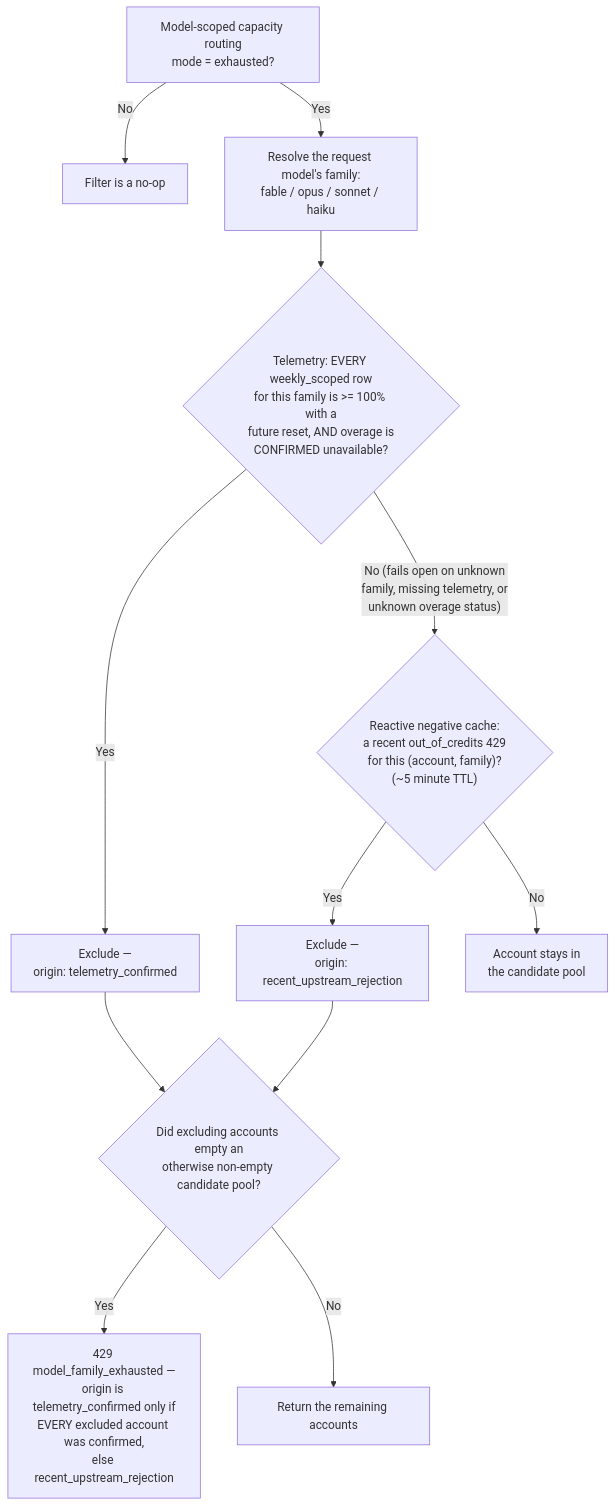
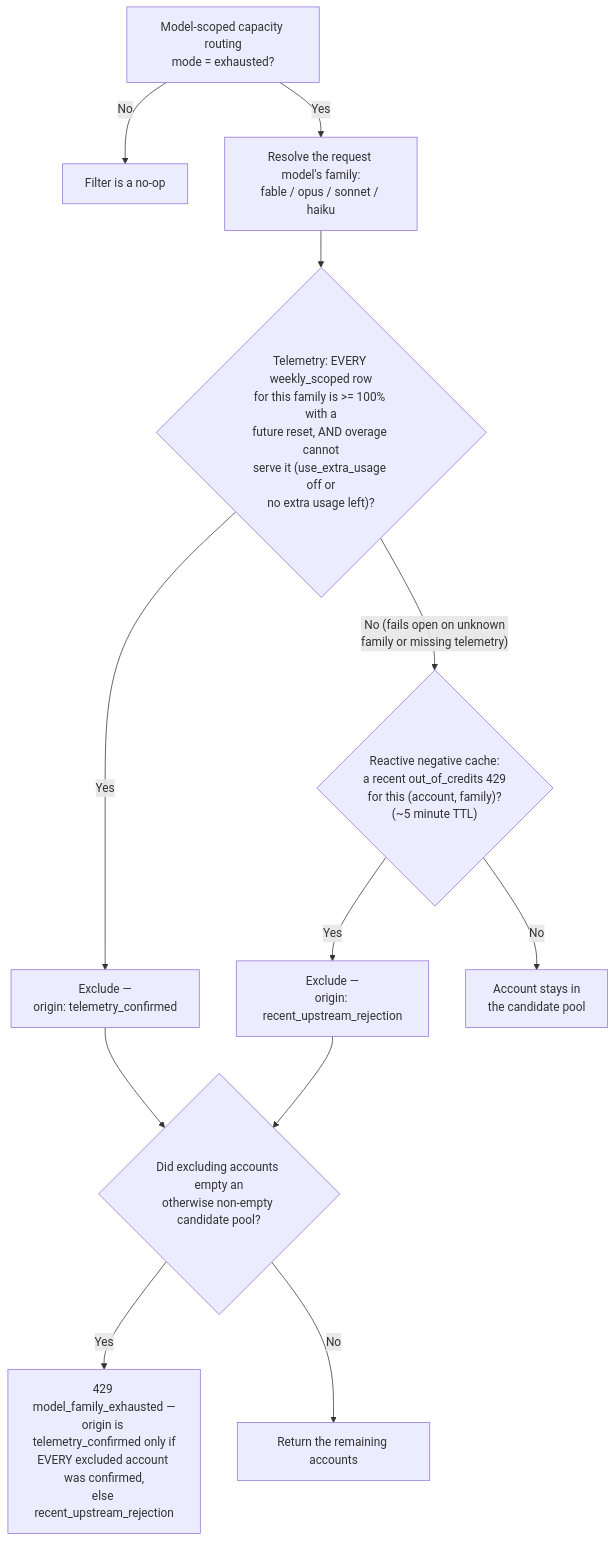
The eighth of 10 diagrams in docs/routing-architecture.md (filip-gooddata/better-ccflare), drawn with Mermaid before and after one commit. The commit also changed other lines of this file and 3 other files, not shown here.

````diff
--- a/docs/routing-architecture.md
+++ b/docs/routing-architecture.md
@@ -271,14 +271,14 @@
 ```mermaid
 flowchart TD
     A["Model-scoped capacity routing<br/>mode = exhausted?"] -->|"No"| B["Filter is a no-op"]
     A -->|"Yes"| C["Resolve the request model's family:<br/>fable / opus / sonnet / haiku"]
-    C --> D{"Telemetry: EVERY weekly_scoped row<br/>for this family is >= 100% with a<br/>future reset, AND overage is<br/>CONFIRMED unavailable?"}
+    C --> D{"Telemetry: EVERY weekly_scoped row<br/>for this family is >= 100% with a<br/>future reset, AND overage cannot<br/>serve it (use_extra_usage off or<br/>no extra usage left)?"}
     D -->|"Yes"| E["Exclude —<br/>origin: telemetry_confirmed"]
-    D -->|"No (fails open on unknown<br/>family, missing telemetry, or<br/>unknown overage status)"| F{"Reactive negative cache:<br/>a recent out_of_credits 429<br/>for this (account, family)?<br/>(~5 minute TTL)"}
+    D -->|"No (fails open on unknown<br/>family or missing telemetry)"| F{"Reactive negative cache:<br/>a recent out_of_credits 429<br/>for this (account, family)?<br/>(~5 minute TTL)"}
     F -->|"Yes"| G["Exclude —<br/>origin: recent_upstream_rejection"]
     F -->|"No"| H["Account stays in<br/>the candidate pool"]
     E --> I{"Did excluding accounts empty an<br/>otherwise non-empty candidate pool?"}
     G --> I
     I -->|"Yes"| J["429 model_family_exhausted —<br/>origin is telemetry_confirmed only if<br/>EVERY excluded account was confirmed,<br/>else recent_upstream_rejection"]
     I -->|"No"| K["Return the remaining accounts"]
 ```
````
